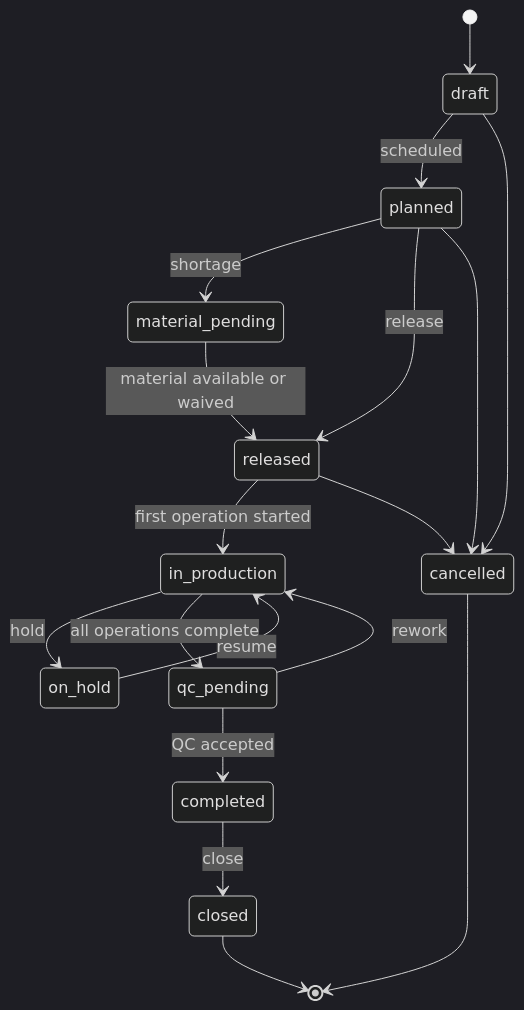
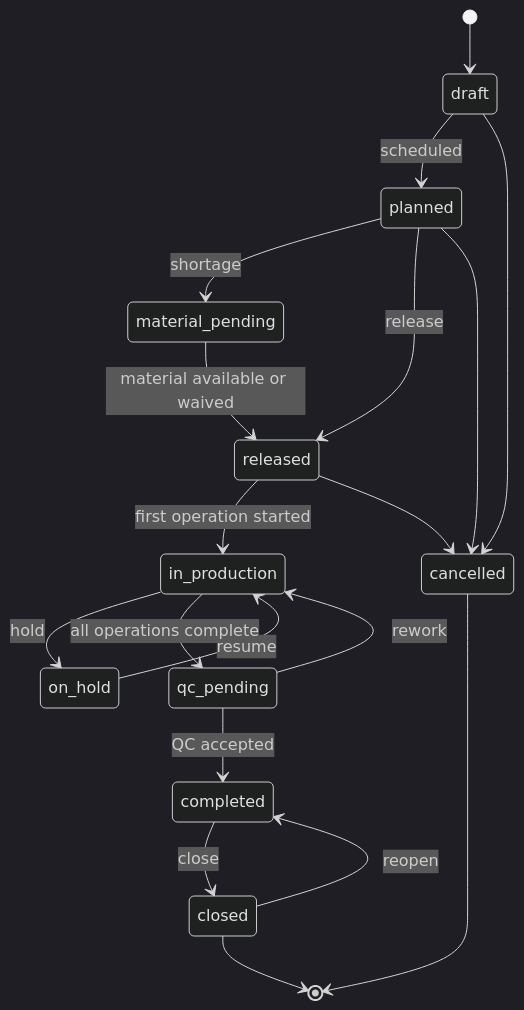
The sixth of 12 diagrams in docs/05-workflows.md (jsxFardin/octa-accessories-erp), drawn with Mermaid (dark theme) before and after one commit. The commit also changed other lines of this file and 6 other files, not shown here.

````diff
--- a/docs/05-workflows.md
+++ b/docs/05-workflows.md
@@ -173,20 +173,21 @@
 ```mermaid
 stateDiagram-v2
     [*] --> draft
     draft --> planned : scheduled
     planned --> material_pending : shortage
     material_pending --> released : material available or waived
     planned --> released : release
     released --> in_production : first operation started
     in_production --> on_hold : hold
     on_hold --> in_production : resume
     in_production --> qc_pending : all operations complete
     qc_pending --> in_production : rework
     qc_pending --> completed : QC accepted
     completed --> closed : close
+    closed --> completed : reopen
     draft --> cancelled
     planned --> cancelled
     released --> cancelled
     closed --> [*]
     cancelled --> [*]
 ```
````
